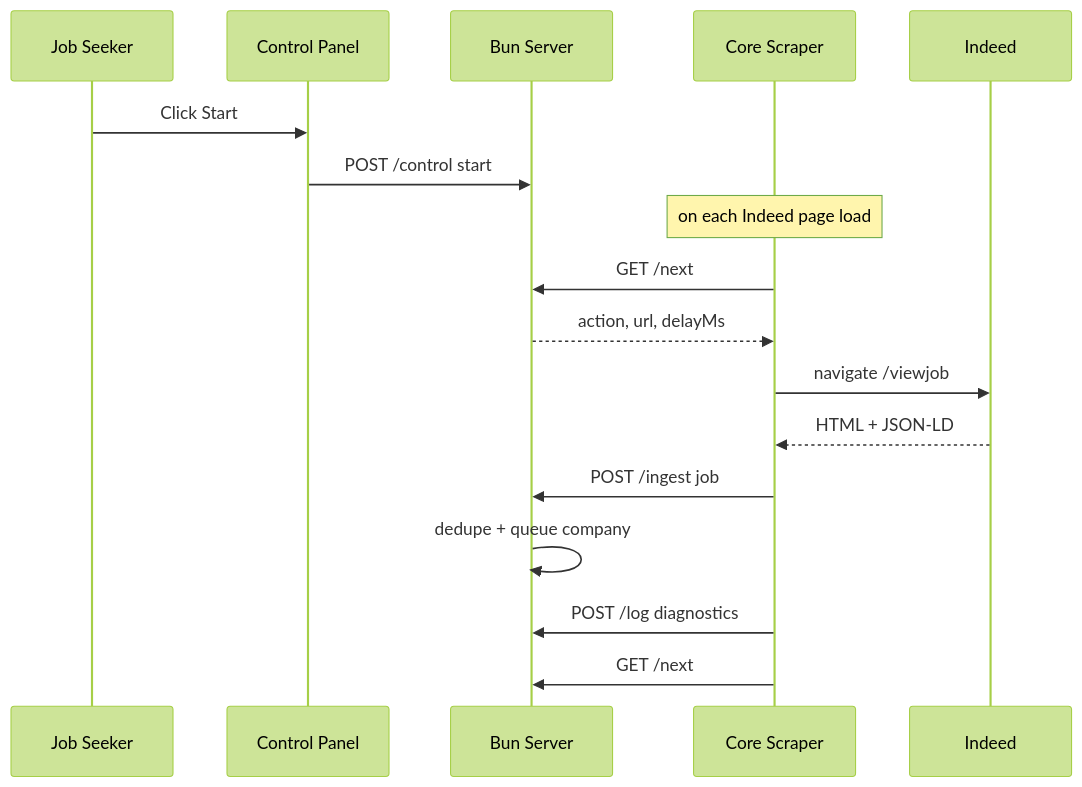
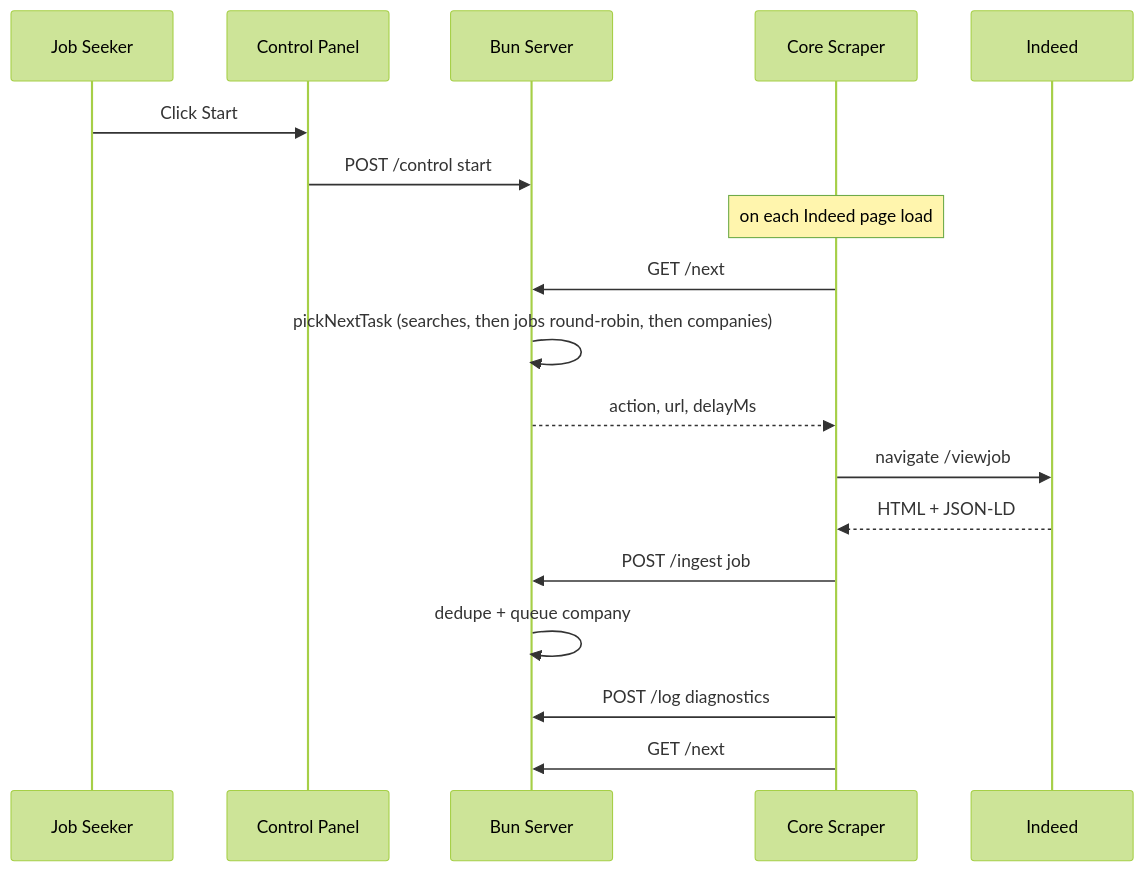
One commit to sdaves/mobile-job-search-archiver changed the ninth of 10 diagrams in ARCHITECTURE.md. Above: the diagram before and after it, drawn with Mermaid (forest theme). The commit also changed other lines of this file and 3 other files, not shown here.

First line of the commit message:
Schedule jobs round-robin across per-term search buckets

````diff
--- a/ARCHITECTURE.md
+++ b/ARCHITECTURE.md
@@ -416,20 +431,21 @@
 ```mermaid
 sequenceDiagram
     participant U as Job Seeker
     participant P as Control Panel
     participant S as Bun Server
     participant C as Core Scraper
     participant I as Indeed
 
     U->>P: Click Start
     P->>S: POST /control start
     Note over C: on each Indeed page load
     C->>S: GET /next
+    S->>S: pickNextTask (searches, then jobs round-robin, then companies)
     S-->>C: action, url, delayMs
     C->>I: navigate /viewjob
     I-->>C: HTML + JSON-LD
     C->>S: POST /ingest job
     S->>S: dedupe + queue company
     C->>S: POST /log diagnostics
     C->>S: GET /next
 ```
````
